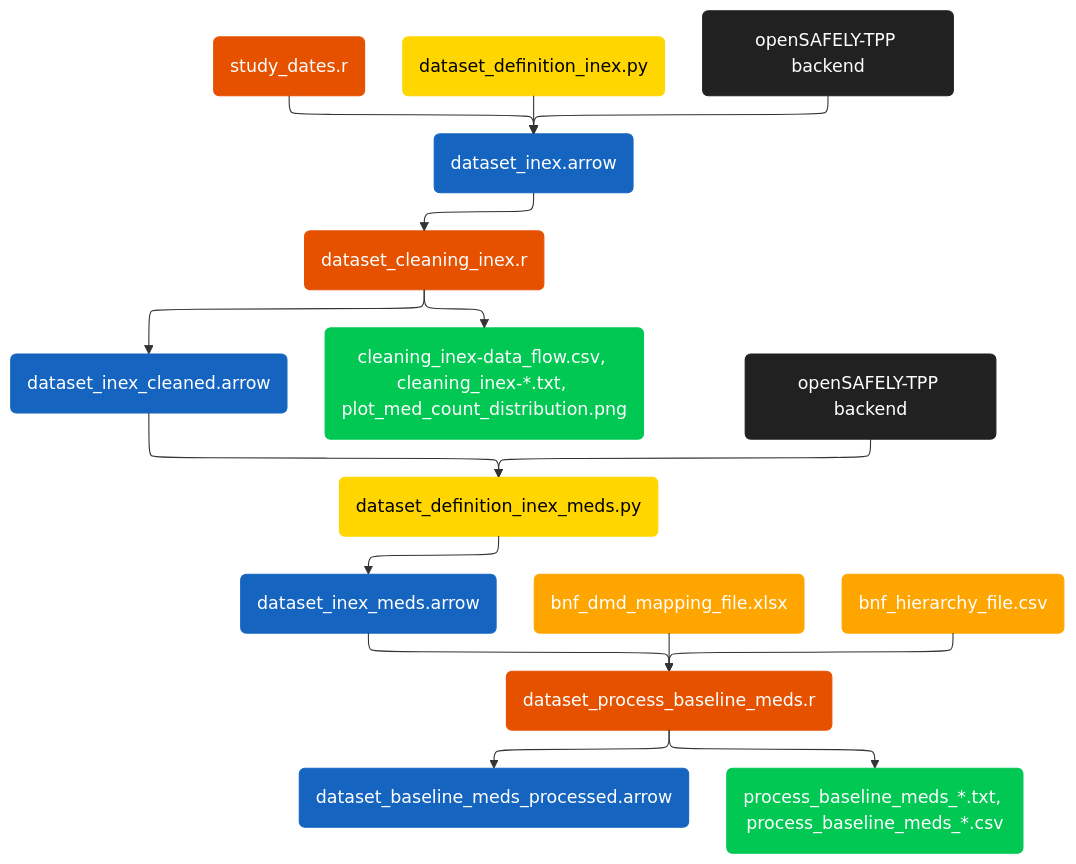
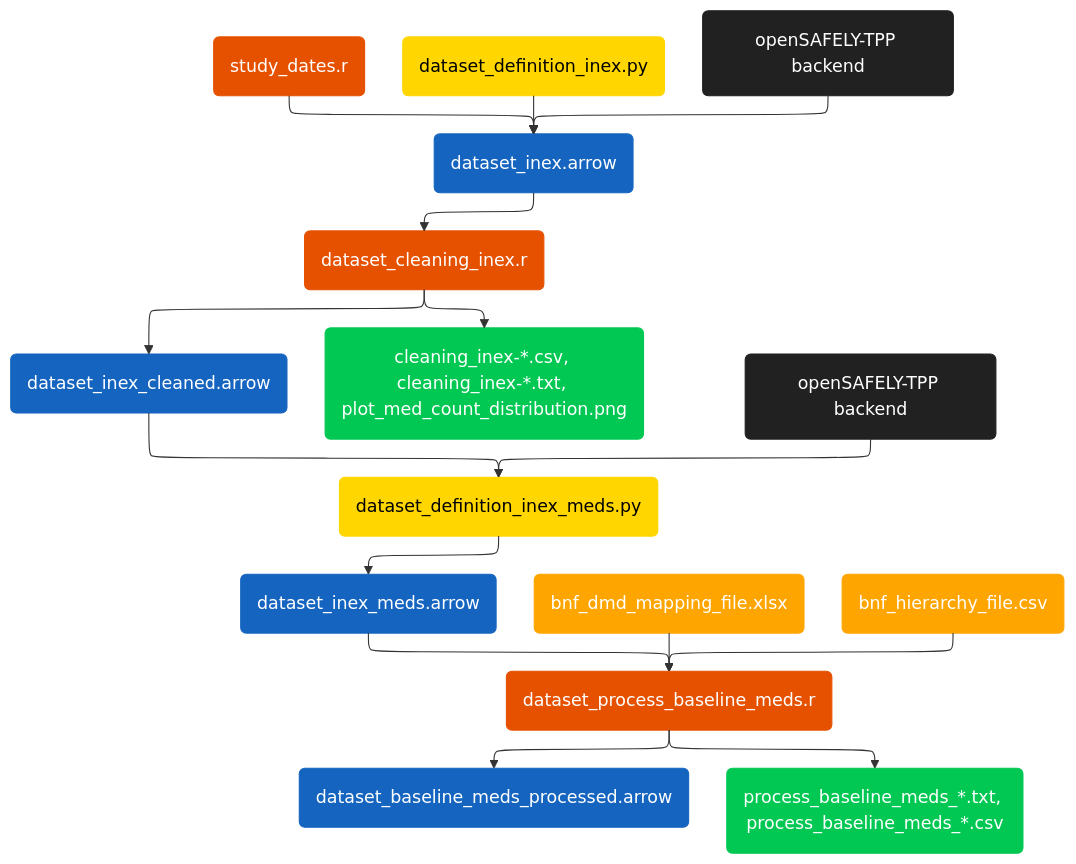
The diagram in docs/pipeline_diagram.mmd (matt-letts/ckd-deprescribing), drawn with Mermaid before and after one commit. The commit also changed 19 other files, not shown here.

```diff
--- a/docs/pipeline_diagram.mmd
+++ b/docs/pipeline_diagram.mmd
@@ -1,44 +1,44 @@
 ---
 config:
   layout: elk
   elk:
     mergeEdges: true
     nodePlacementStrategy: LINEAR_SEGMENTS
 ---
 flowchart TD
     %% define nodes
     a1("study_dates.r"):::R
     a2("dataset_definition_inex.py"):::ehrql
     p1("openSAFELY-TPP backend"):::openSAFELY
     d1("dataset_inex.arrow"):::data
     a3("dataset_cleaning_inex.r"):::R
     d2("dataset_inex_cleaned.arrow"):::data
-    o1("cleaning_inex-data_flow.csv, cleaning_inex-*.txt, plot_med_count_distribution.png"):::output
+    o1("cleaning_inex-*.csv, cleaning_inex-*.txt, plot_med_count_distribution.png"):::output
     a4("dataset_definition_inex_meds.py"):::ehrql
     p2("openSAFELY-TPP backend"):::openSAFELY
     d3("dataset_inex_meds.arrow"):::data
     a5("dataset_process_baseline_meds.r"):::R
     e3("bnf_dmd_mapping_file.xlsx"):::external
     e4("bnf_hierarchy_file.csv"):::external
     d4("dataset_baseline_meds_processed.arrow"):::data
     o2("process_baseline_meds_*.txt, process_baseline_meds_*.csv"):::output
 
     %% a = analysis, d = data, o = output, p = patients, e = external file
     %% connect nodes
     
     p1 & a1 & a2 --> d1
     d1 --> a3 --> o1 & d2
     d2 & p2 --> a4 --> d3 
     d3 & e3 & e4 --> a5
     a5 --> d4 & o2
 
     %% colour scheme
     classDef openSAFELY color:#FFFFFF, fill:#212121, stroke:#212121
     classDef ehrql color:#000000, fill:#FFD600, stroke:#FFD600
     classDef R color:#FFFFFF, fill:#E65100, stroke:#E65100
     classDef data color:#FFFFFF, fill:#1565C0, stroke:#1565C0
     classDef output color:#FFFFFF, fill:#00C853, stroke:#00C853
     classDef external color:#FFFFFF, fill:#FFA500, stroke:#FFA500
 
 %% to render this type into powershell terminal
 %% mmdc -i docs/pipeline_diagram.mmd -o docs/pipeline_diagram.svg
```
